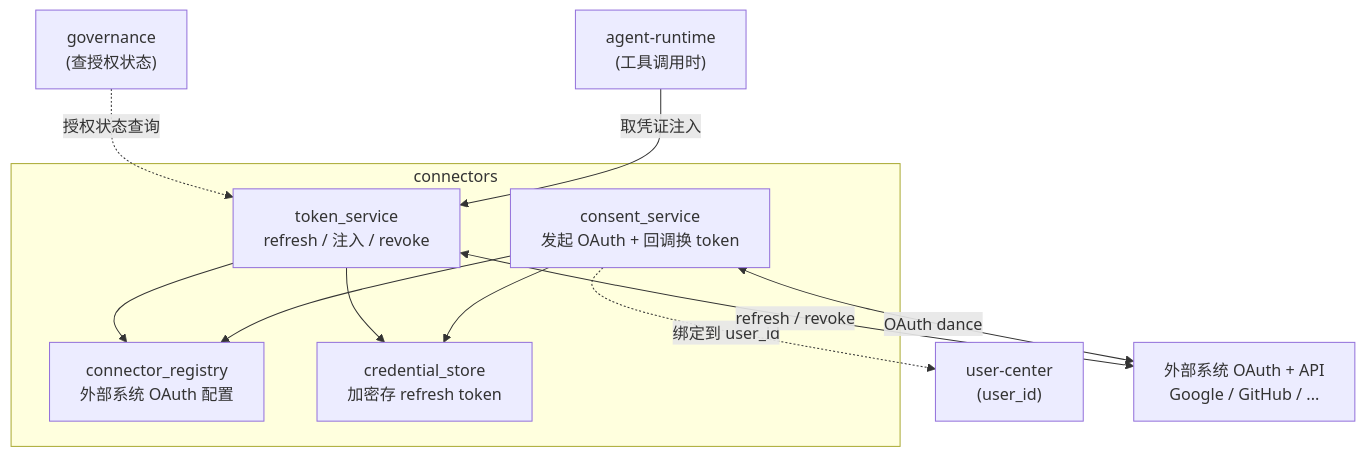
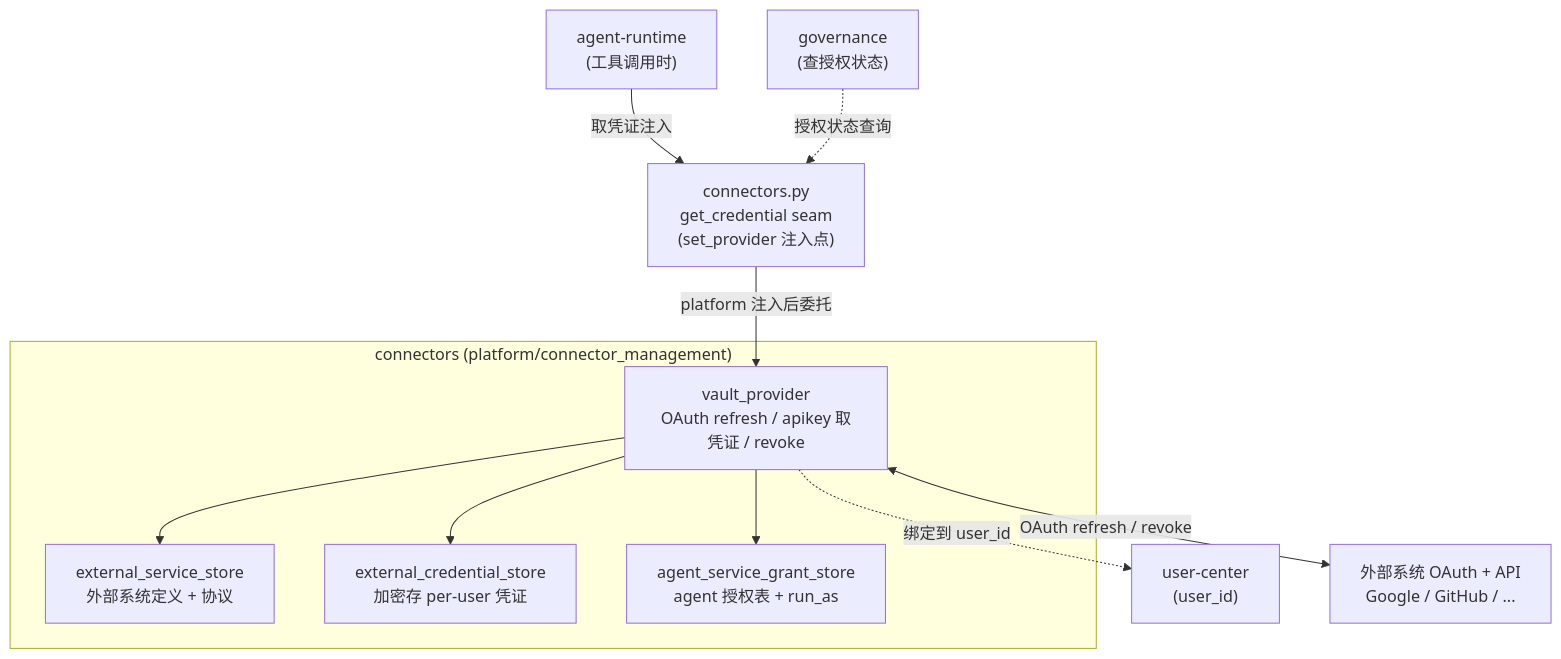
Before and after one commit to Summy2104/fleetent: the first of 3 diagrams in docs/capabilities/connectors.md, drawn with Mermaid. The commit also changed other lines of this file and 3 other files, not shown here.

````diff
--- a/docs/capabilities/connectors.md
+++ b/docs/capabilities/connectors.md
@@ -164,25 +183,26 @@
 ```mermaid
 graph TD
     AR["agent-runtime<br/>(工具调用时)"]
     GOV["governance<br/>(查授权状态)"]
 
-    subgraph CONN["connectors"]
-        REG["connector_registry<br/>外部系统 OAuth 配置"]
-        CONSENT["consent_service<br/>发起 OAuth + 回调换 token"]
-        STORE["credential_store<br/>加密存 refresh token"]
-        REFRESH["token_service<br/>refresh / 注入 / revoke"]
+    subgraph CONN["connectors (platform/connector_management)"]
+        SVCSTOR["external_service_store<br/>外部系统定义 + 协议"]
+        VAULTPROV["vault_provider<br/>OAuth refresh / apikey 取凭证 / revoke"]
+        CREDSTOR["external_credential_store<br/>加密存 per-user 凭证"]
+        GRANTSTOR["agent_service_grant_store<br/>agent 授权表 + run_as"]
     end
+
+    SEAM["connectors.py<br/>get_credential seam<br/>(set_provider 注入点)"]
 
     UC["user-center<br/>(user_id)"]
     EXT["外部系统 OAuth + API<br/>Google / GitHub / ..."]
 
-    AR -->|取凭证注入| REFRESH
-    GOV -.->|授权状态查询| REFRESH
-    CONSENT --> REG
-    CONSENT --> STORE
-    REFRESH --> STORE
-    REFRESH --> REG
-    CONSENT -. 绑定到 user_id .-> UC
-    CONSENT <-->|OAuth dance| EXT
-    REFRESH <-->|refresh / revoke| EXT
+    AR -->|取凭证注入| SEAM
+    GOV -.->|授权状态查询| SEAM
+    SEAM -->|platform 注入后委托| VAULTPROV
+    VAULTPROV --> SVCSTOR
+    VAULTPROV --> CREDSTOR
+    VAULTPROV --> GRANTSTOR
+    VAULTPROV -. 绑定到 user_id .-> UC
+    VAULTPROV <-->|OAuth refresh / revoke| EXT
 ```
````
